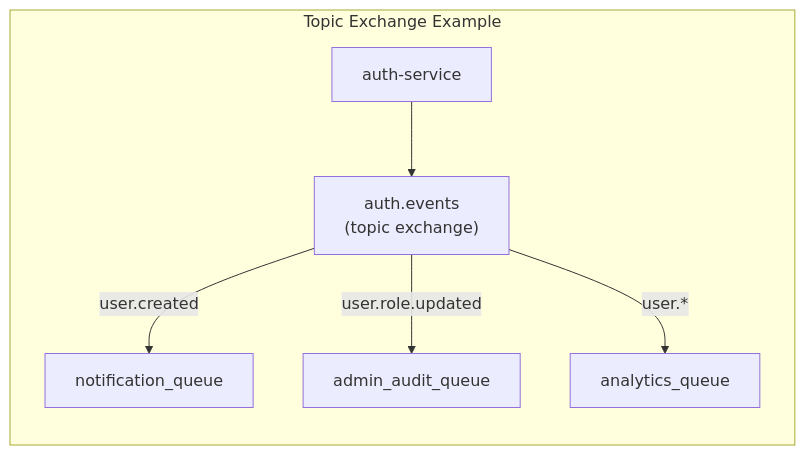
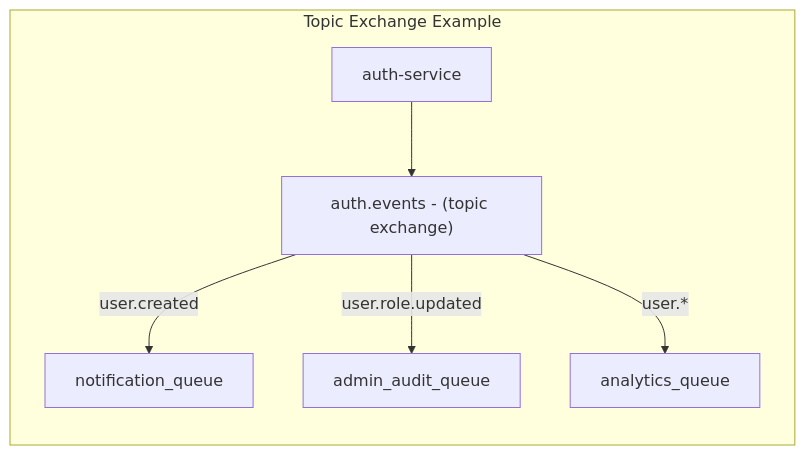
The ninth of 21 diagrams in profile/README.md (Food-Delivery-Aggregator/.github), drawn with Mermaid before and after one commit. The commit also changed other lines of this file, not shown here.

Commit message:
Refactor mermaid diagrams for clarity and consistency

````diff
--- a/profile/README.md
+++ b/profile/README.md
@@ -707,9 +704,9 @@
 ```mermaid
-graph LR
+flowchart LR
     subgraph "Topic Exchange Example"
-        PUB["auth-service"] --> EX["auth.events\n(topic exchange)"]
+        PUB["auth-service"] --> EX["auth.events - (topic exchange)"]
         EX -->|"user.created"| Q1["notification_queue"]
         EX -->|"user.role.updated"| Q2["admin_audit_queue"]
         EX -->|"user.*"| Q3["analytics_queue"]
     end
 ```
````
